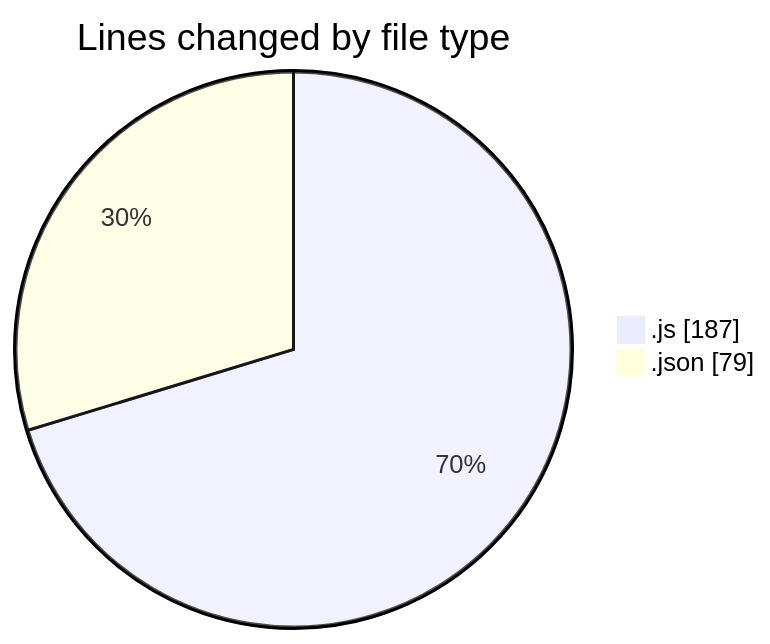
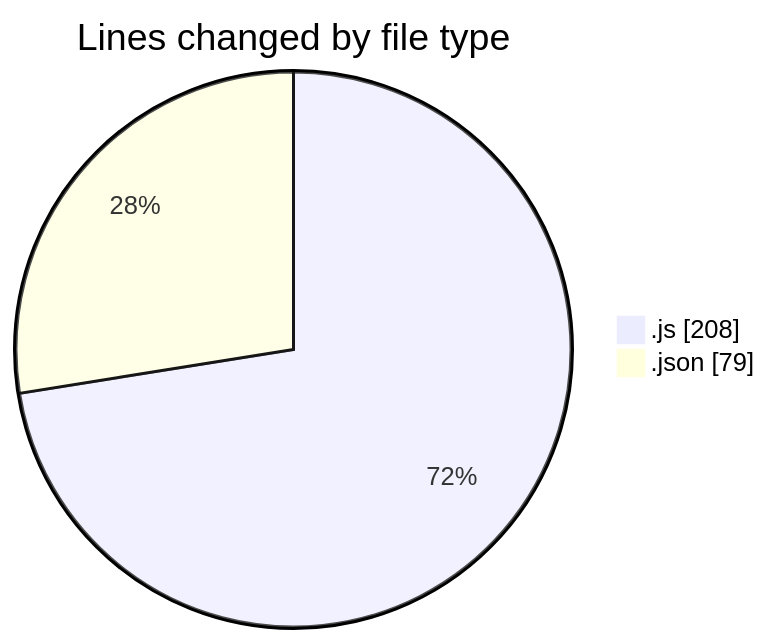
Before and after one commit to momahboobian/code-tracking: the first of 2 diagrams in 2025-01-31/cda/README.md, drawn with Mermaid. The commit also changed other lines of this file and 1 other file, not shown here.

````diff
--- a/2025-01-31/cda/README.md
+++ b/2025-01-31/cda/README.md
@@ -23,6 +24,6 @@
 ```mermaid
 pie showData
 title Lines changed by file type
-".js" : 187
+".js" : 208
 ".json" : 79
 ```
````
